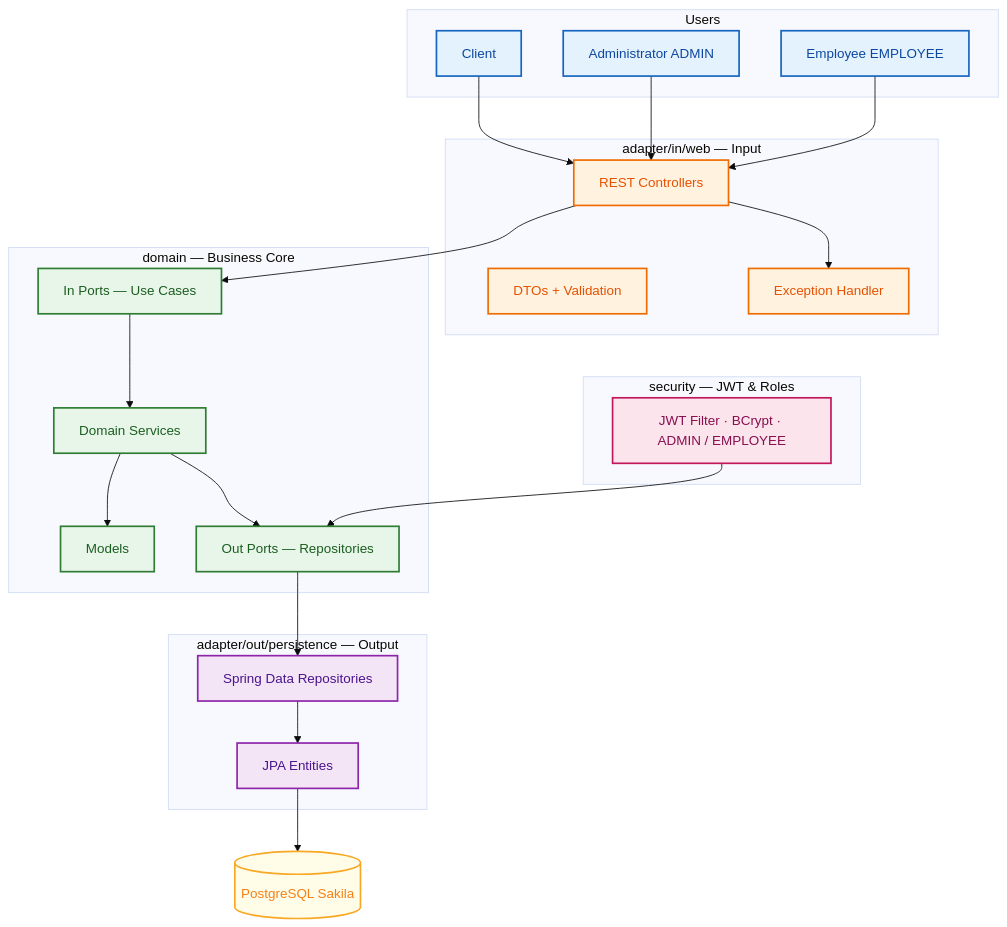
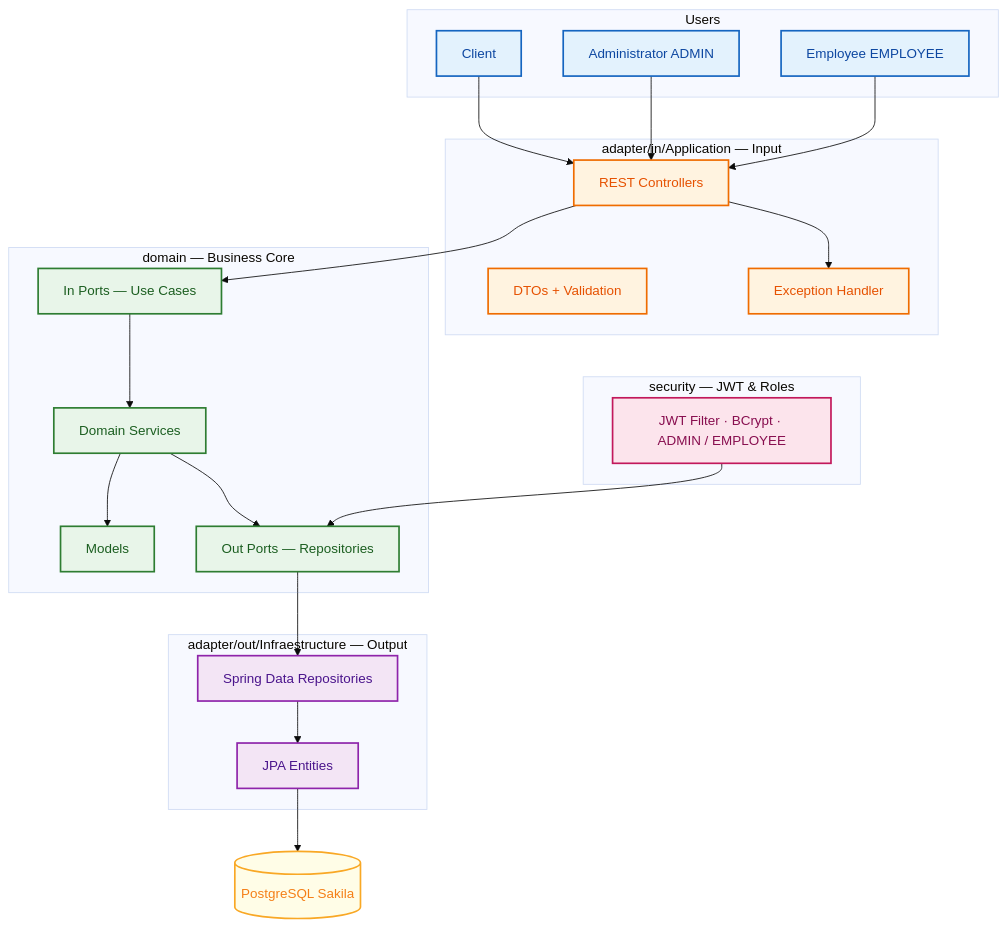
One commit to jeffersonmejia/sakila-spring-api changed the diagram in README.md. Above: the diagram before and after it, drawn with Mermaid (base theme).

Commit message:
docs: rename architecture layers to application and infrastructure

````diff
--- a/README.md
+++ b/README.md
@@ -13,62 +13,62 @@
 ```mermaid
 flowchart TB
   classDef userCls fill:#E3F2FD,stroke:#1565C0,color:#0D47A1,stroke-width:2px
   classDef secCls fill:#FCE4EC,stroke:#C2185B,color:#880E4F,stroke-width:2px
   classDef inCls fill:#FFF3E0,stroke:#EF6C00,color:#E65100,stroke-width:2px
   classDef coreCls fill:#E8F5E9,stroke:#2E7D32,color:#1B5E20,stroke-width:2px
   classDef outCls fill:#F3E5F5,stroke:#8E24AA,color:#4A148C,stroke-width:2px
   classDef dbCls fill:#FFFDE7,stroke:#F9A825,color:#F57F17,stroke-width:2px
 
   subgraph Users["Users"]
     A[Client]
     B[Administrator ADMIN]
     C[Employee EMPLOYEE]
   end
 
   subgraph security["security — JWT & Roles"]
     N[JWT Filter · BCrypt · ADMIN / EMPLOYEE]
   end
 
-  subgraph adapters_in["adapter/in/web — Input"]
+  subgraph adapters_in["adapter/in/Application — Input"]
     D[REST Controllers]
     E[DTOs + Validation]
     F[Exception Handler]
   end
 
   subgraph core["domain — Business Core"]
     G[In Ports — Use Cases]
     I[Domain Services]
     J[Models]
     H[Out Ports — Repositories]
   end
 
-  subgraph adapters_out["adapter/out/persistence — Output"]
+  subgraph adapters_out["adapter/out/Infraestructure — Output"]
     K[JPA Entities]
     L[Spring Data Repositories]
   end
 
   M[(PostgreSQL Sakila)]
 
   A --> D
   B --> D
   C --> D
 
   D --> G
   D --> F
   G --> I
   I --> H
   I --> J
 
   N --> H
 
   H --> L
   L --> K
   K --> M
 
   class A,B,C userCls
   class N secCls
   class D,E,F inCls
   class G,I,J,H coreCls
   class K,L outCls
   class M dbCls
 ```
````
